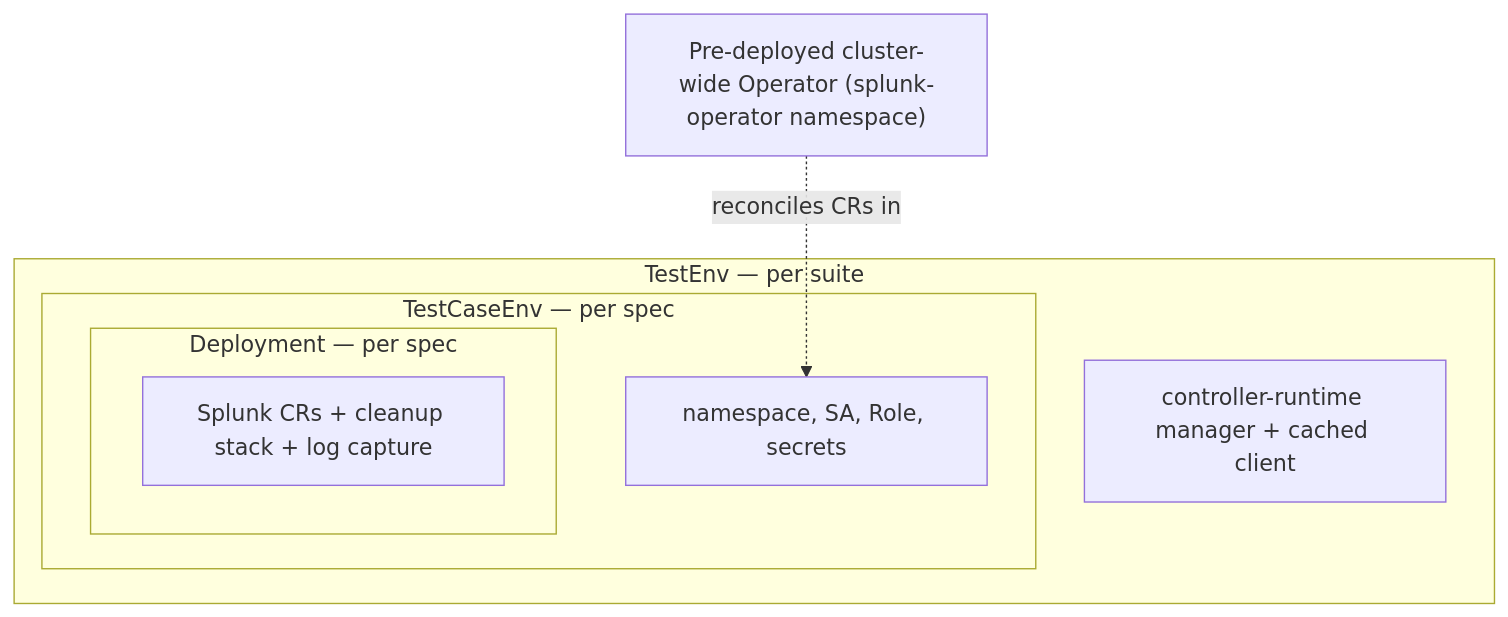
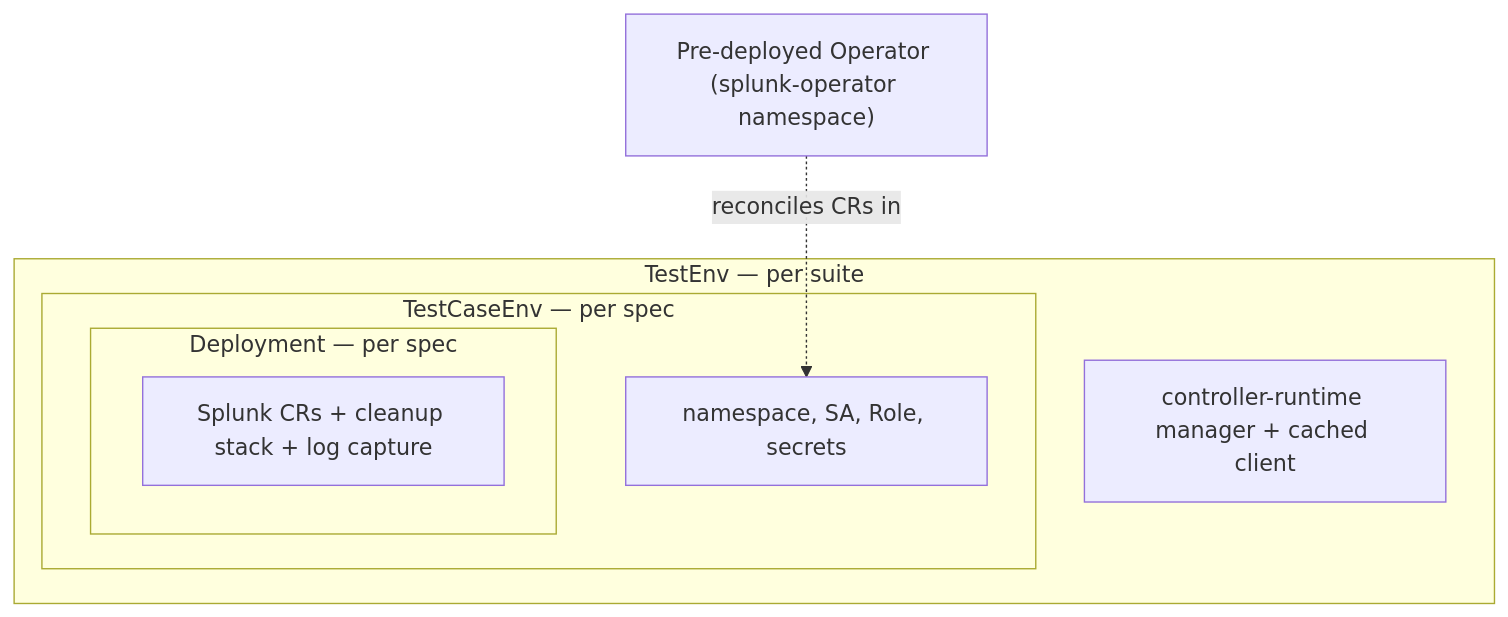
The first of 2 diagrams in docs/IntegrationTesting.md (splunk/splunk-operator), drawn with Mermaid before and after one commit. The commit also changed other lines of this file, not shown here.

````diff
--- a/docs/IntegrationTesting.md
+++ b/docs/IntegrationTesting.md
@@ -100,14 +100,14 @@
 ```mermaid
 graph TD
-  OP["Pre-deployed cluster-wide Operator (splunk-operator namespace)"]
+  OP["Pre-deployed Operator (splunk-operator namespace)"]
   subgraph TestEnv [TestEnv — per suite]
     A[controller-runtime manager + cached client]
     subgraph TestCaseEnv [TestCaseEnv — per spec]
       B[namespace, SA, Role, secrets]
       subgraph Deployment [Deployment — per spec]
         C[Splunk CRs + cleanup stack + log capture]
       end
     end
   end
   OP -.->|reconciles CRs in| B
 ```
````
